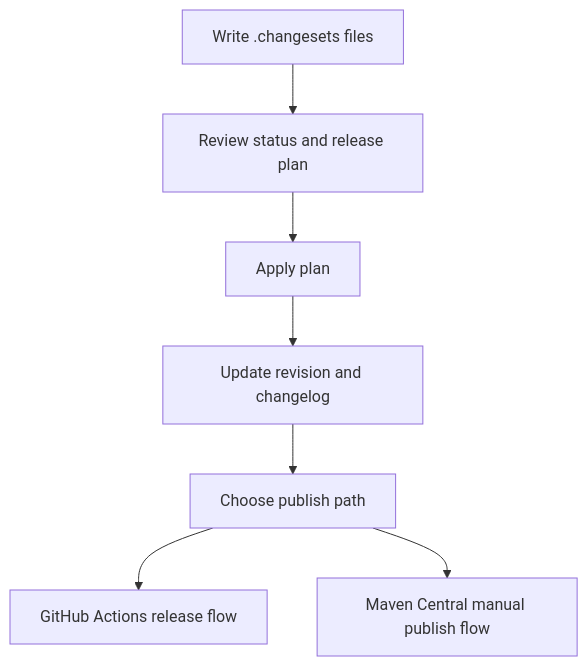
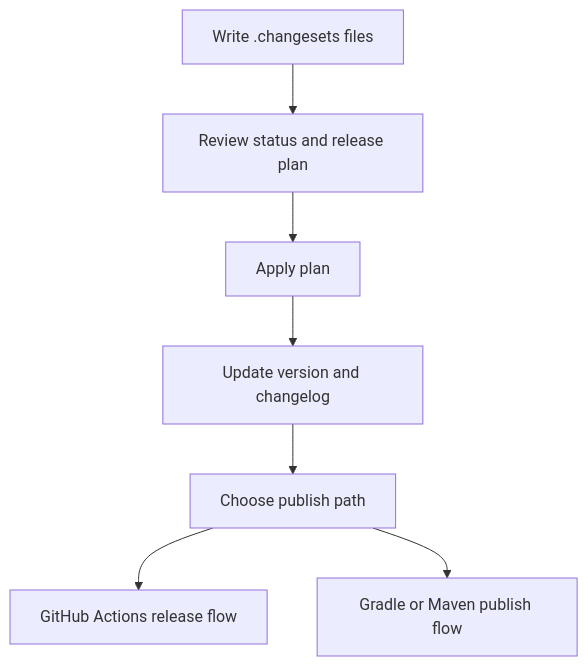
Before and after one commit to sonofmagic/javachanges: the diagram in docs/index.md, drawn with Mermaid. The commit also changed other lines of this file and 49 other files, not shown here.

````diff
--- a/docs/index.md
+++ b/docs/index.md
@@ -45,9 +45,9 @@
 ```mermaid
 flowchart TD
   A[Write .changesets files] --> B[Review status and release plan]
   B --> C[Apply plan]
-  C --> D[Update revision and changelog]
+  C --> D[Update version and changelog]
   D --> E[Choose publish path]
   E --> F[GitHub Actions release flow]
-  E --> G[Maven Central manual publish flow]
+  E --> G[Gradle or Maven publish flow]
 ```
````
